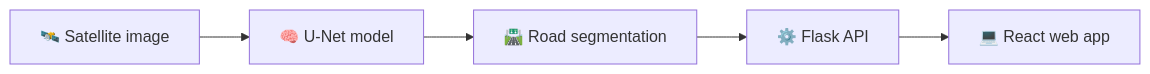
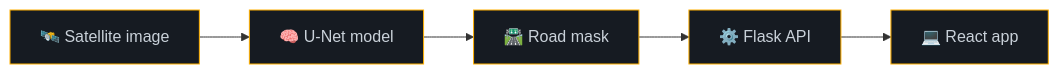
Before and after one commit to neeleekumari/neeleekumari: the diagram in README.md, drawn with Mermaid. The commit also changed other lines of this file, not shown here.

````diff
--- a/README.md
+++ b/README.md
@@ -80,7 +95,12 @@
 ```mermaid
 flowchart LR
-    A[🛰️ Satellite image] --> B[🧠 U-Net model]
-    B --> C[🛣️ Road segmentation]
-    C --> D[⚙️ Flask API]
-    D --> E[💻 React web app]
+    A["🛰️ Satellite image"] --> B["🧠 U-Net model"]
+    B --> C["🛣️ Road mask"]
+    C --> D["⚙️ Flask API"]
+    D --> E["💻 React app"]
+    style A fill:#161b22,stroke:#ffb000,color:#c9d1d9
+    style B fill:#161b22,stroke:#ffb000,color:#c9d1d9
+    style C fill:#161b22,stroke:#ffb000,color:#c9d1d9
+    style D fill:#161b22,stroke:#ffb000,color:#c9d1d9
+    style E fill:#161b22,stroke:#ffb000,color:#c9d1d9
 ```
````
